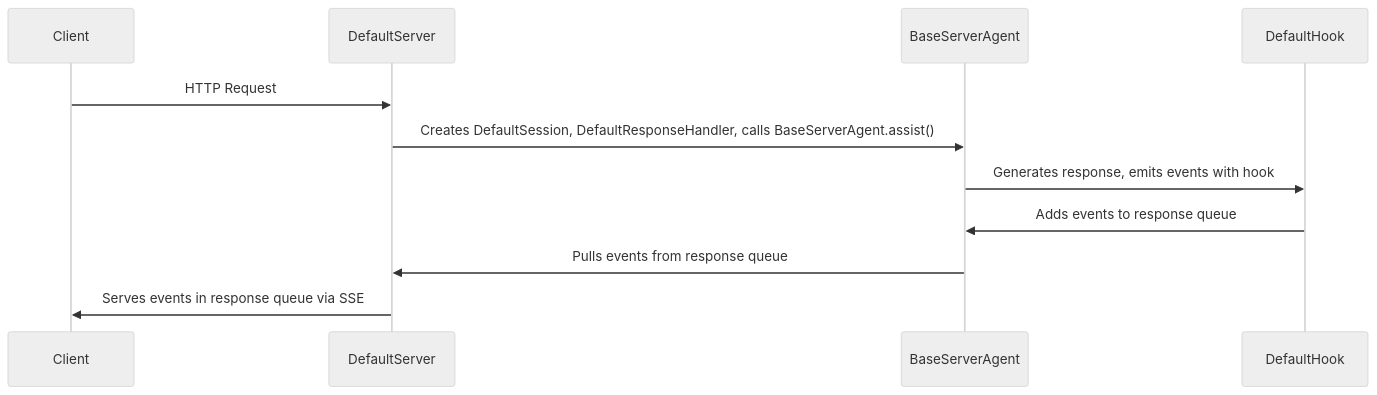
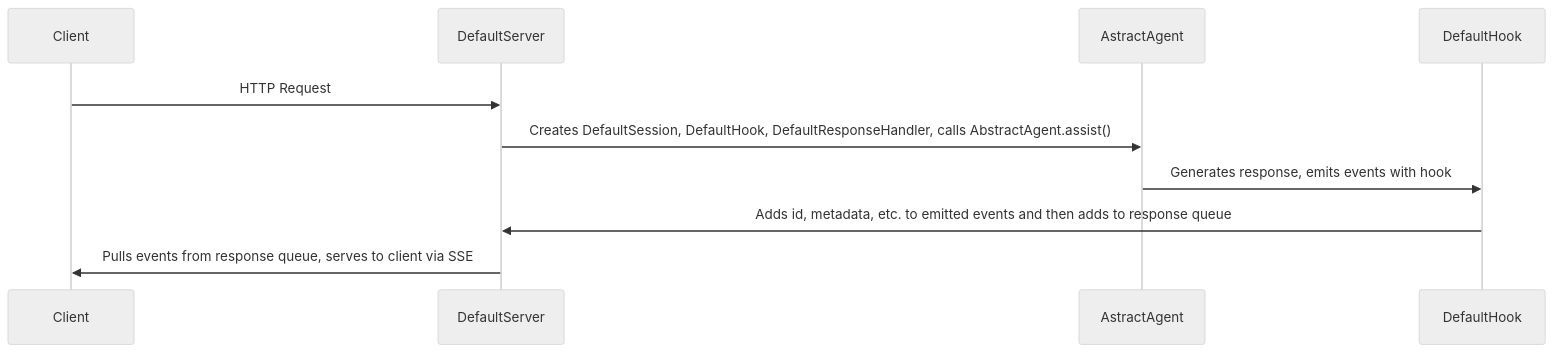
One commit to sentient-agi/Sentient-Agent-Framework changed the second of 3 diagrams in src/sentient_agent_framework/implementation/README.md. Above: the diagram before and after it, drawn with Mermaid (neutral theme). The commit also changed other lines of this file and 6 other files, not shown here.

First line of the commit message:
Change architecture (pass agent into server)

````diff
--- a/src/sentient_agent_framework/implementation/README.md
+++ b/src/sentient_agent_framework/implementation/README.md
@@ -76,9 +75,8 @@
 ```mermaid
 sequenceDiagram
     Client->>DefaultServer: HTTP Request
-    DefaultServer->>BaseServerAgent: Creates DefaultSession, DefaultResponseHandler, calls BaseServerAgent.assist()
-    BaseServerAgent->>DefaultHook: Generates response, emits events with hook
-    DefaultHook->>BaseServerAgent: Adds events to response queue
-    BaseServerAgent->>DefaultServer: Pulls events from response queue
-    DefaultServer->>Client: Serves events in response queue via SSE
+    DefaultServer->>AstractAgent: Creates DefaultSession, DefaultHook, DefaultResponseHandler, calls AbstractAgent.assist()
+    AstractAgent->>DefaultHook: Generates response, emits events with hook
+    DefaultHook->>DefaultServer: Adds id, metadata, etc. to emitted events and then adds to response queue
+    DefaultServer->>Client: Pulls events from response queue, serves to client via SSE
 ```
````
